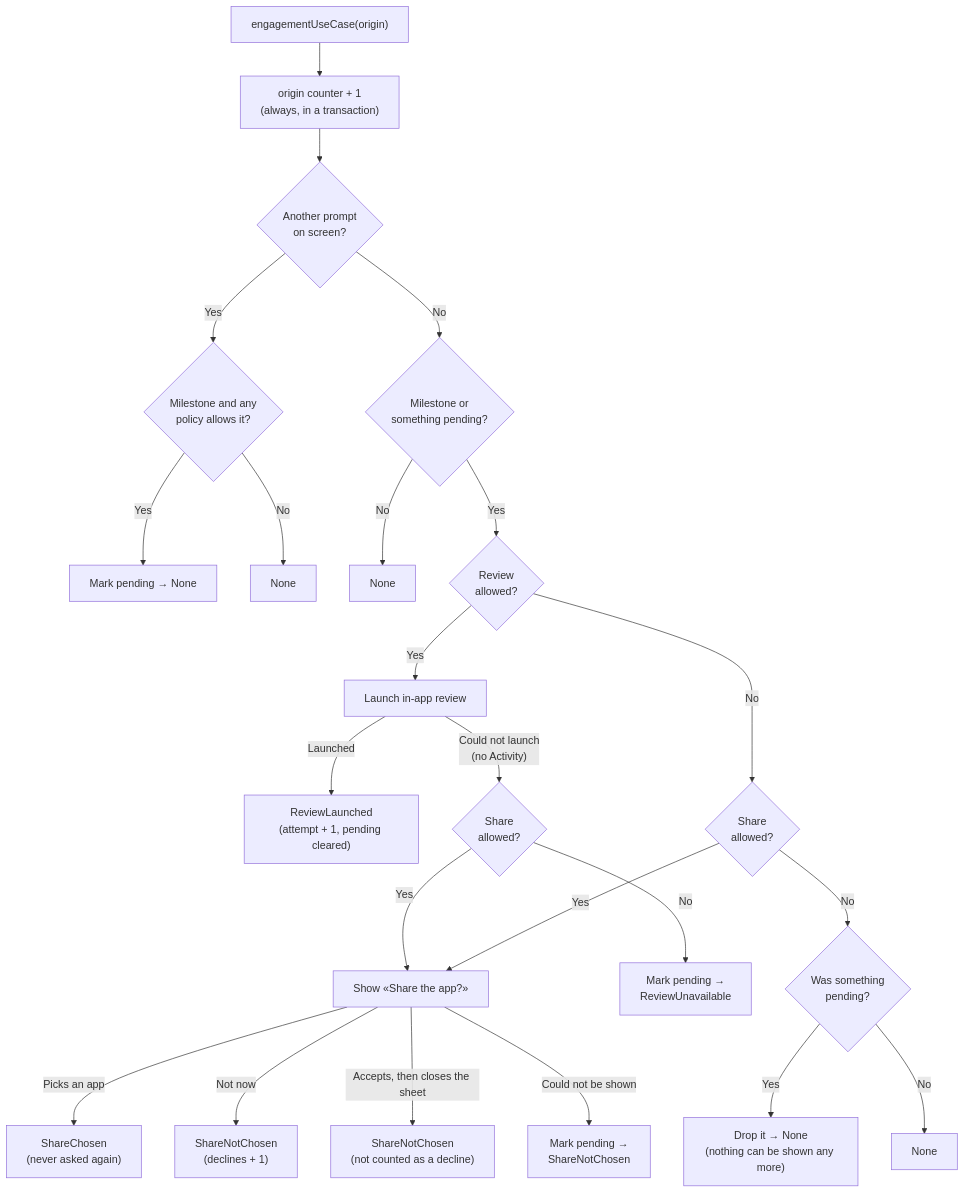
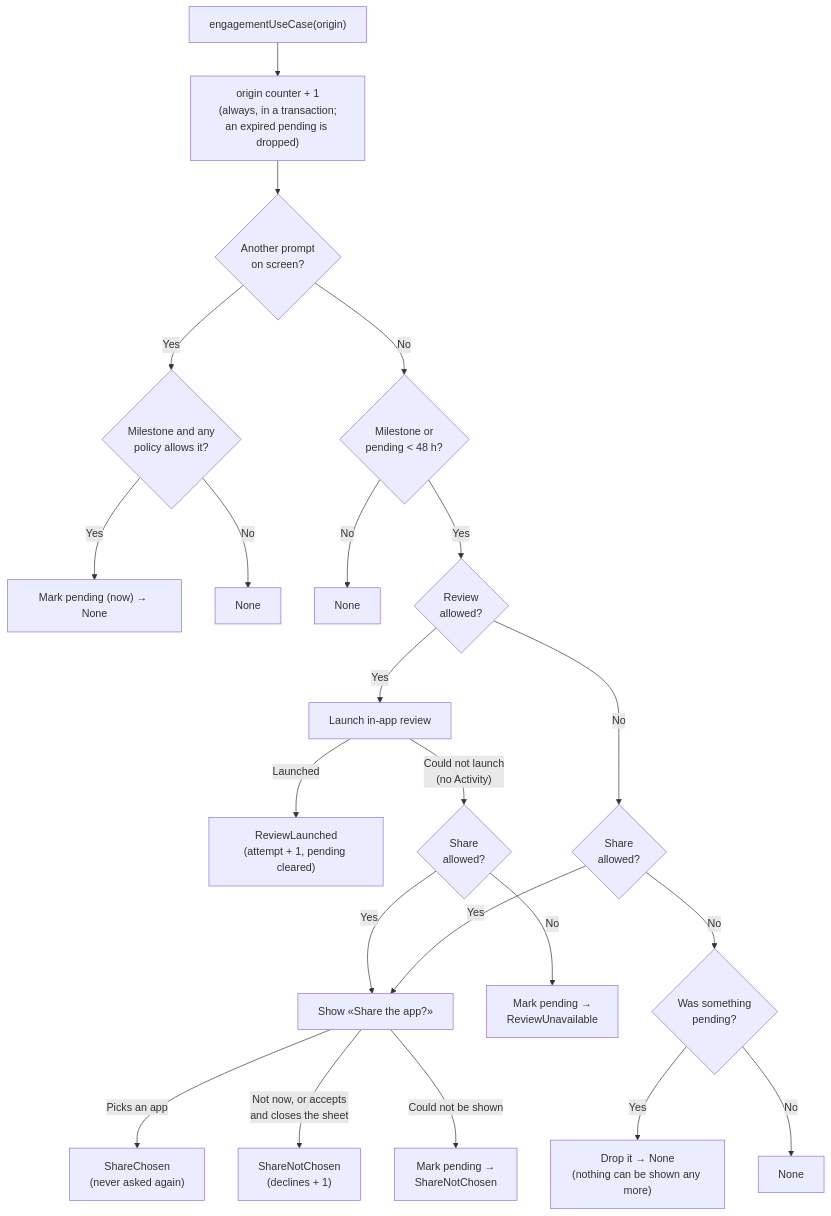
One commit to raxden/android-platform changed the first of 3 diagrams in platform/engagement/README.md. Above: the diagram before and after it, drawn with Mermaid. The commit also changed other lines of this file and 30 other files, not shown here.

````diff
--- a/platform/engagement/README.md
+++ b/platform/engagement/README.md
@@ -28,25 +28,24 @@
 ```mermaid
 flowchart TD
-    A["engagementUseCase(origin)"] --> B["origin counter + 1<br/>(always, in a transaction)"]
+    A["engagementUseCase(origin)"] --> B["origin counter + 1<br/>(always, in a transaction;<br/>an expired pending is dropped)"]
     B --> C{"Another prompt<br/>on screen?"}
     C -- Yes --> C1{"Milestone and any<br/>policy allows it?"}
-    C1 -- Yes --> P1["Mark pending → None"]
+    C1 -- Yes --> P1["Mark pending (now) → None"]
     C1 -- No --> N0["None"]
-    C -- No --> D{"Milestone or<br/>something pending?"}
+    C -- No --> D{"Milestone or<br/>pending < 48 h?"}
     D -- No --> N1["None"]
     D -- Yes --> E{"Review<br/>allowed?"}
     E -- Yes --> R["Launch in-app review"]
     R -- "Launched" --> RL["ReviewLaunched<br/>(attempt + 1, pending cleared)"]
     R -- "Could not launch<br/>(no Activity)" --> F{"Share<br/>allowed?"}
     F -- Yes --> S
     F -- No --> P2["Mark pending →<br/>ReviewUnavailable"]
     E -- No --> G{"Share<br/>allowed?"}
     G -- Yes --> S["Show «Share the app?»"]
     G -- No --> H{"Was something<br/>pending?"}
     H -- Yes --> X["Drop it → None<br/>(nothing can be shown any more)"]
     H -- No --> N2["None"]
     S -- "Picks an app" --> SC["ShareChosen<br/>(never asked again)"]
-    S -- "Not now" --> SN["ShareNotChosen<br/>(declines + 1)"]
-    S -- "Accepts, then closes the sheet" --> SD["ShareNotChosen<br/>(not counted as a decline)"]
+    S -- "Not now, or accepts<br/>and closes the sheet" --> SN["ShareNotChosen<br/>(declines + 1)"]
     S -- "Could not be shown" --> P3["Mark pending →<br/>ShareNotChosen"]
 ```
````
